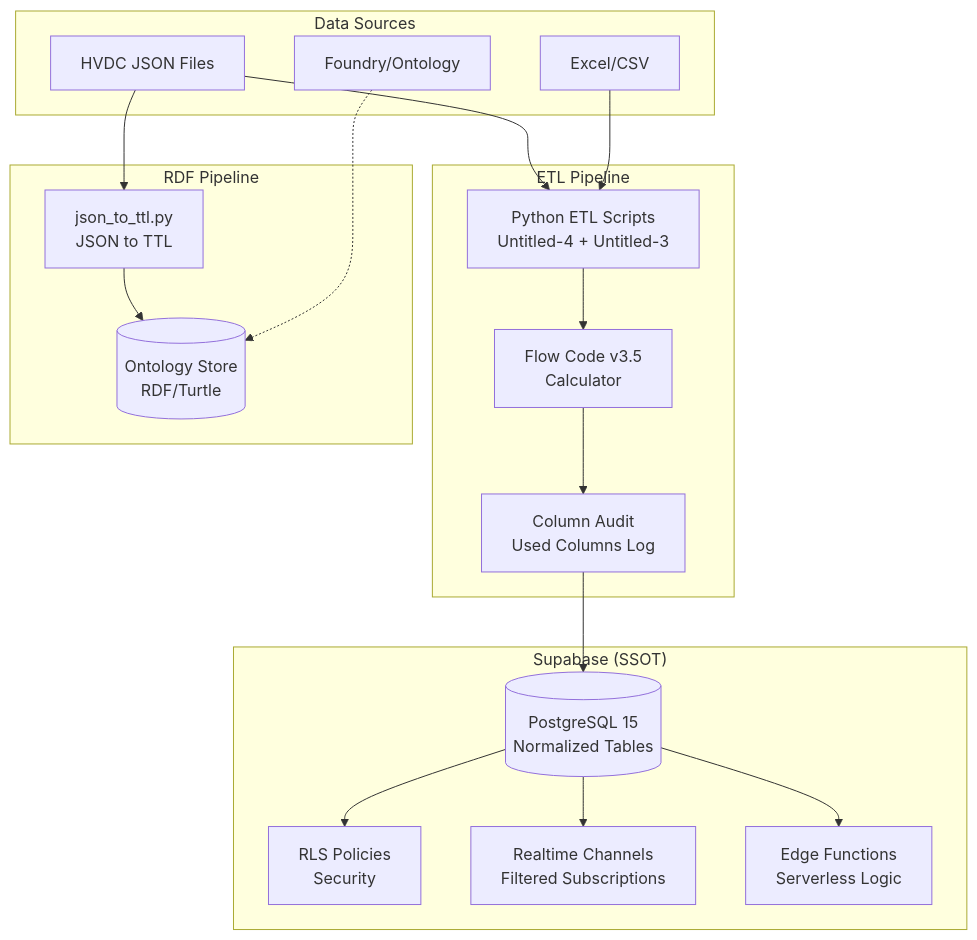
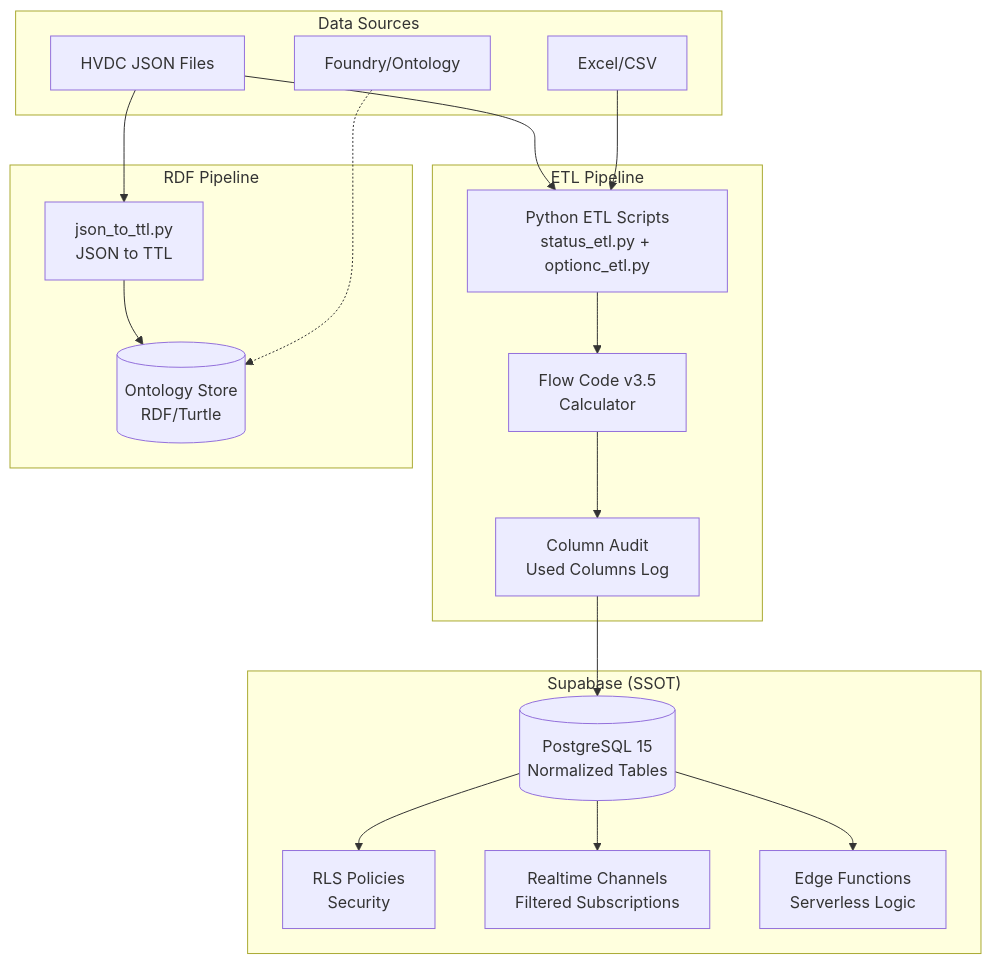
One commit to macho715/LOGI-MASTER-DASH changed the fifth of 15 diagrams in docs/architecture/architecture.md. Above: the diagram before and after it, drawn with Mermaid. The commit also changed other lines of this file and 74 other files, not shown here.

````diff
--- a/docs/architecture/architecture.md
+++ b/docs/architecture/architecture.md
@@ -296,41 +296,41 @@
 ```mermaid
 graph TB
     subgraph "Supabase (SSOT)"
         Postgres[(PostgreSQL 15<br/>Normalized Tables)]
         RLS_Policies[RLS Policies<br/>Security]
         Realtime_Ch[Realtime Channels<br/>Filtered Subscriptions]
         Edge_Func[Edge Functions<br/>Serverless Logic]
     end
 
     subgraph "ETL Pipeline"
-        ETL_Scripts[Python ETL Scripts<br/>Untitled-4 + Untitled-3]
+        ETL_Scripts[Python ETL Scripts<br/>status_etl.py + optionc_etl.py]
         FlowCode[Flow Code v3.5<br/>Calculator]
         ColumnAudit[Column Audit<br/>Used Columns Log]
     end
 
     subgraph "RDF Pipeline"
         JSON2TTL[json_to_ttl.py<br/>JSON to TTL]
         OntologyStore[(Ontology Store<br/>RDF/Turtle)]
     end
 
     subgraph "Data Sources"
         JSONFiles[HVDC JSON Files]
         ExcelFiles[Excel/CSV]
         Foundry[Foundry/Ontology]
     end
 
     JSONFiles --> ETL_Scripts
     ExcelFiles --> ETL_Scripts
     ETL_Scripts --> FlowCode
     FlowCode --> ColumnAudit
     ColumnAudit --> Postgres
 
     JSONFiles --> JSON2TTL
     JSON2TTL --> OntologyStore
 
     Postgres --> RLS_Policies
     Postgres --> Realtime_Ch
     Postgres --> Edge_Func
 
     Foundry -.-> OntologyStore
 ```
````
